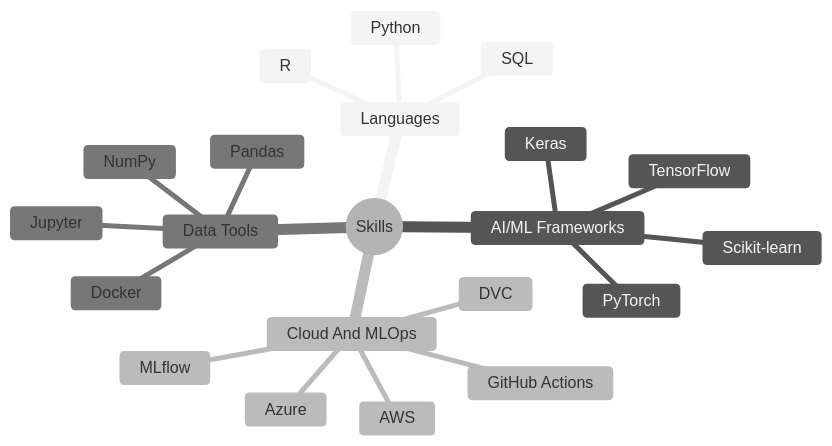
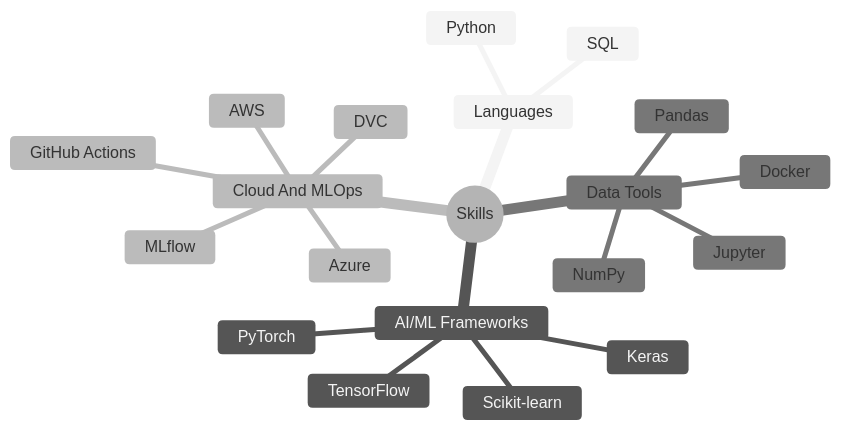
The diagram in README.md (Parth189p/Parth189p), drawn with Mermaid (neutral theme) before and after one commit. The commit also changed other lines of this file, not shown here.

````diff
--- a/README.md
+++ b/README.md
@@ -23,24 +26,23 @@
 ```mermaid
 mindmap
   root((Skills))
     Languages
       Python
       SQL
-      R
     AI/ML Frameworks
       TensorFlow
       PyTorch
       Keras
       Scikit-learn
     Cloud And MLOps
       AWS
       Azure
       MLflow
       DVC
       GitHub Actions
     Data Tools
       Jupyter
       Pandas
       NumPy
       Docker
 ```
````
